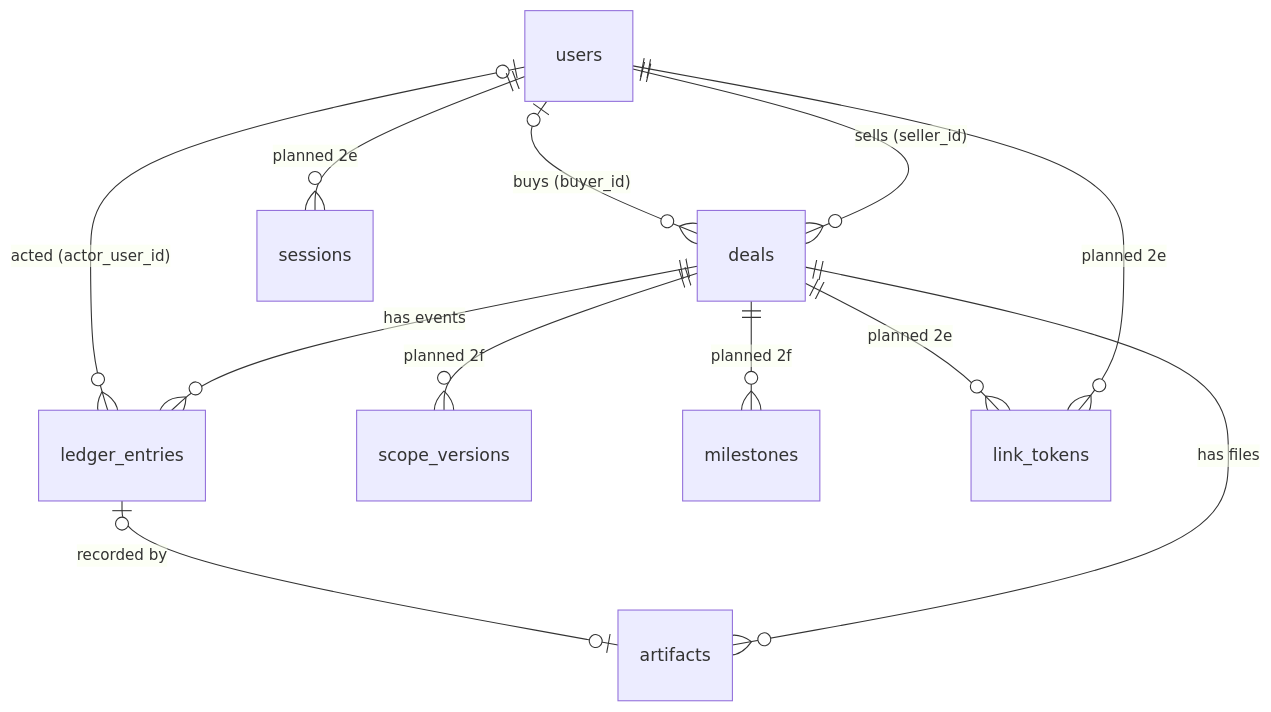
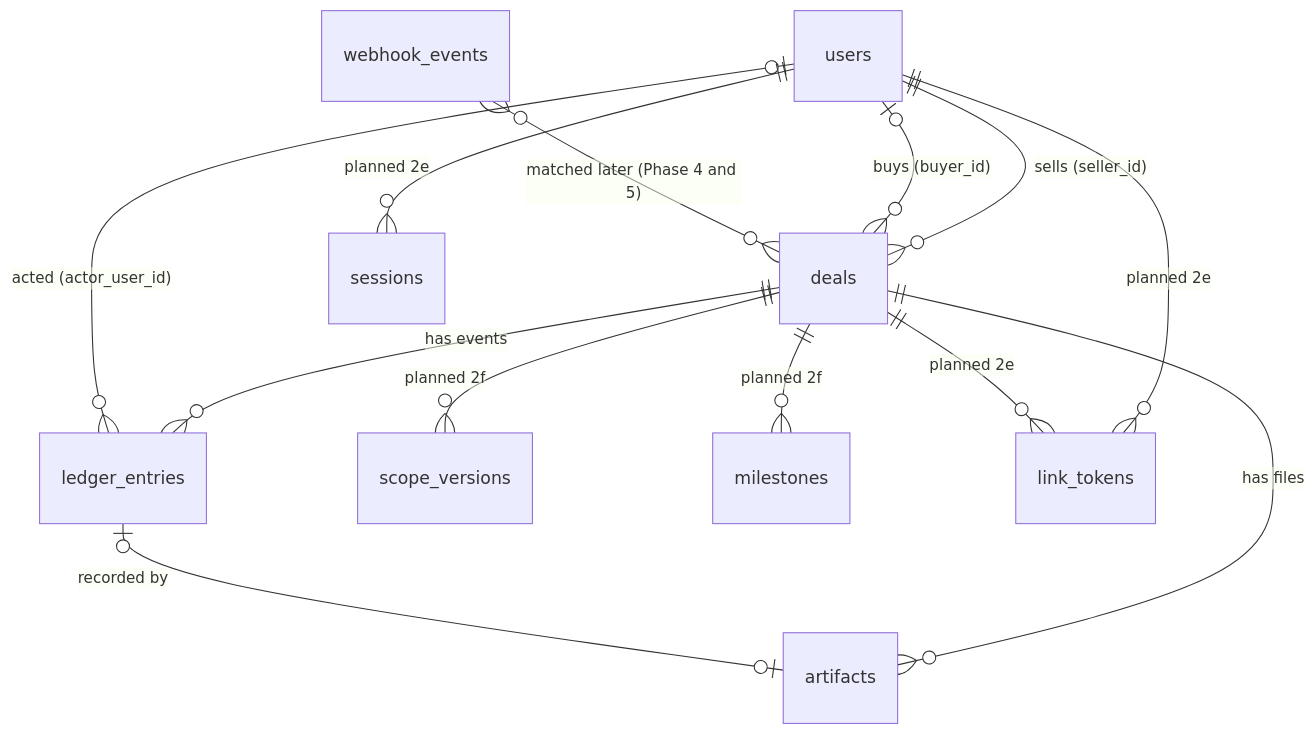
The diagram in docs/data-model.md (sushantpatil2899/pactpal), drawn with Mermaid before and after one commit. The commit also changed other lines of this file and 15 other files, not shown here.

````diff
--- a/docs/data-model.md
+++ b/docs/data-model.md
@@ -5,14 +5,15 @@
 ```mermaid
 erDiagram
   users ||--o{ deals : "sells (seller_id)"
   users |o--o{ deals : "buys (buyer_id)"
   deals ||--o{ ledger_entries : "has events"
   users |o--o{ ledger_entries : "acted (actor_user_id)"
   deals ||--o{ scope_versions : "planned 2f"
   deals ||--o{ milestones : "planned 2f"
   deals ||--o{ artifacts : "has files"
   ledger_entries |o--o| artifacts : "recorded by"
+  webhook_events }o--o{ deals : "matched later (Phase 4 and 5)"
   users ||--o{ sessions : "planned 2e"
   users ||--o{ link_tokens : "planned 2e"
   deals ||--o{ link_tokens : "planned 2e"
 ```
````
